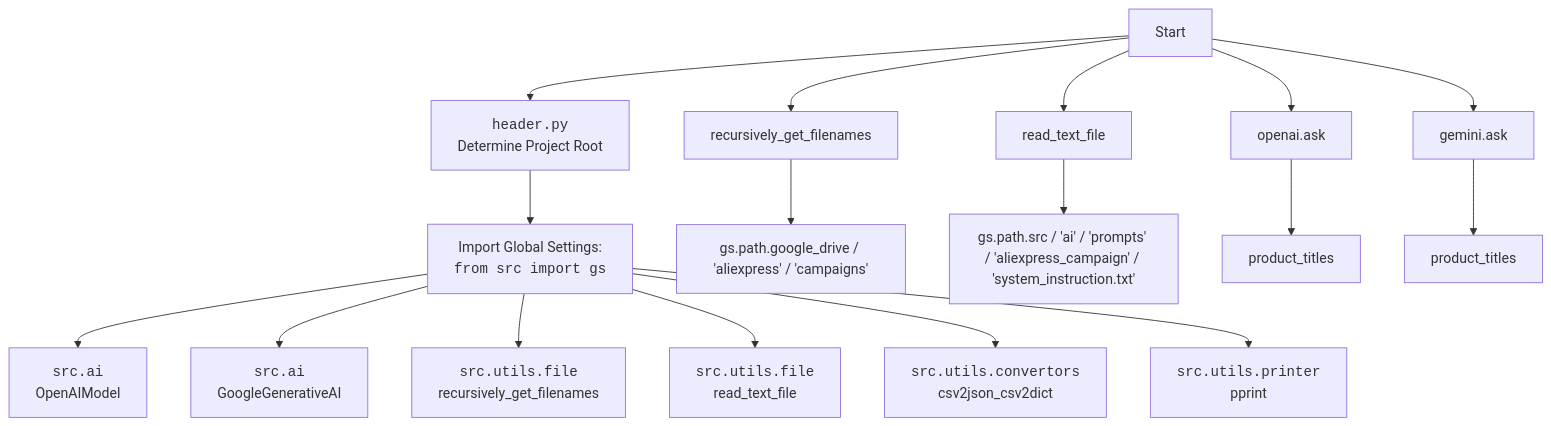
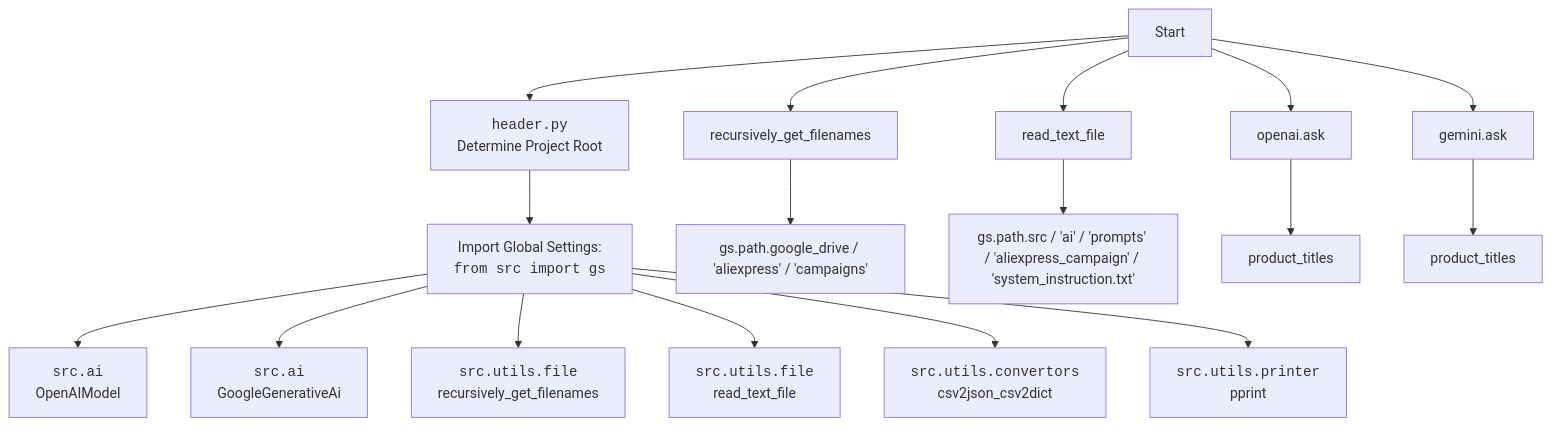
The second of 2 diagrams in docs/gemini/data4model_trainig/ru/explainer/src/ai/openai/model/_experiments/model_train_for_aliexpress.py.md (hypo69/hypotez), drawn with Mermaid before and after one commit. The commit also changed other lines of this file and 245 other files, not shown here.

````diff
--- a/docs/gemini/data4model_trainig/ru/explainer/src/ai/openai/model/_experiments/model_train_for_aliexpress.py.md
+++ b/docs/gemini/data4model_trainig/ru/explainer/src/ai/openai/model/_experiments/model_train_for_aliexpress.py.md
@@ -201,19 +201,19 @@
 ```mermaid
 flowchart TD
     Start --> A[<code>header.py</code><br> Determine Project Root]
     A --> B[Import Global Settings: <br><code>from src import gs</code>] 
     B --> C[<code>src.ai</code><br> OpenAIModel]
-    B --> D[<code>src.ai</code><br> GoogleGenerativeAI]
+    B --> D[<code>src.ai</code><br> GoogleGenerativeAi]
     B --> E[<code>src.utils.file</code><br> recursively_get_filenames]
     B --> F[<code>src.utils.file</code><br> read_text_file]
     B --> G[<code>src.utils.convertors</code><br> csv2json_csv2dict]
     B --> H[<code>src.utils.printer</code><br> pprint]
     Start --> I[recursively_get_filenames]
     I --> J[gs.path.google_drive / 'aliexpress' / 'campaigns']
     Start --> K[read_text_file]
     K --> L[gs.path.src / 'ai' / 'prompts' / 'aliexpress_campaign' / 'system_instruction.txt']
     Start --> M[openai.ask]
     M --> N[product_titles]
     Start --> O[gemini.ask]
     O --> P[product_titles]
 ```
````
